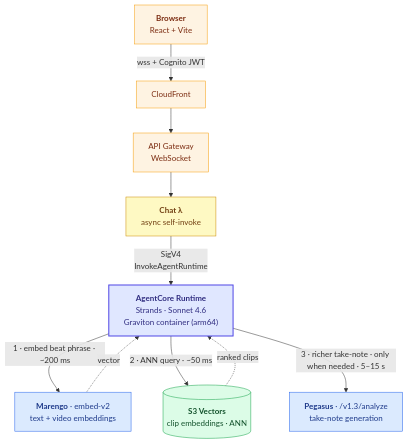
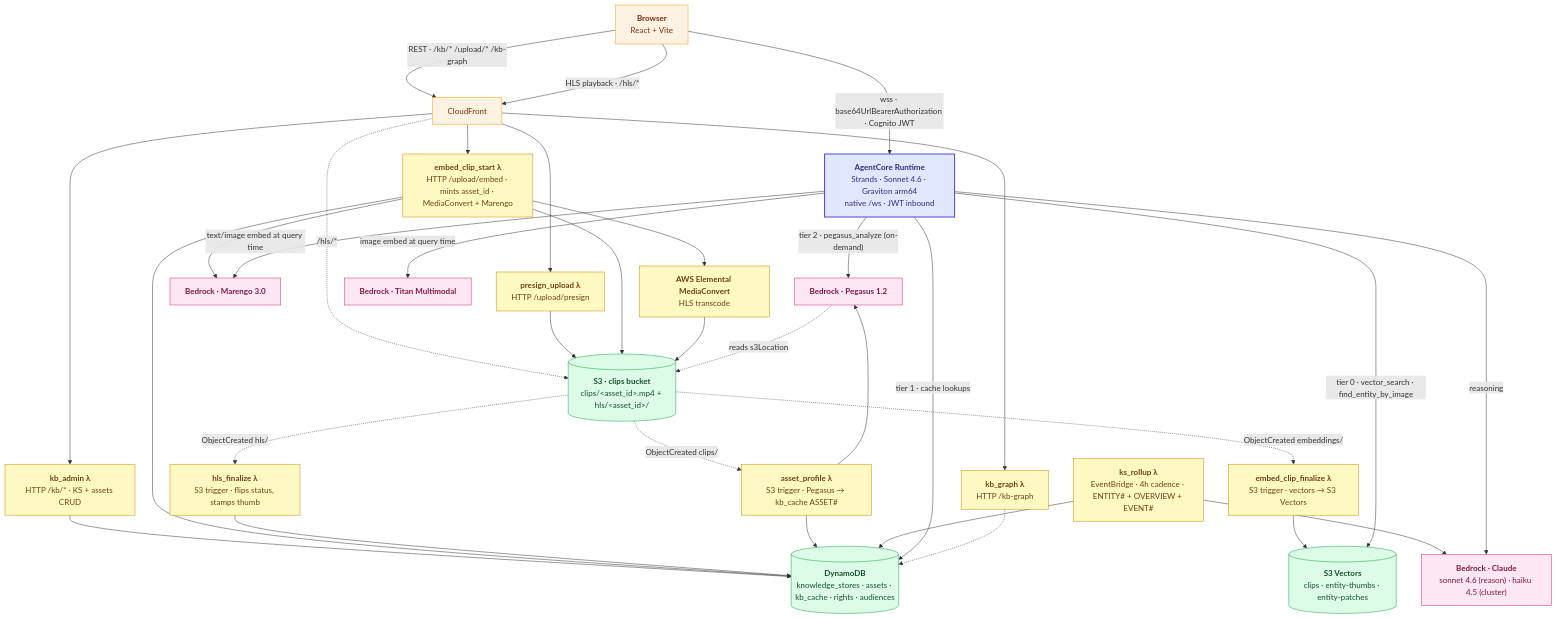
One commit to twelvelabs-io/tl-agentcore changed the first of 7 diagrams in docs/whitepaper.md. Above: the diagram before and after it, drawn with Mermaid. The commit also changed other lines of this file and 221 other files, not shown here.

First line of the commit message:
Release prep: full session-state — AgentCore + AWS-native rebuild

````diff
--- a/docs/whitepaper.md
+++ b/docs/whitepaper.md
@@ -68,33 +109,73 @@
 ```mermaid
 flowchart TD
     Browser["<b>Browser</b><br/>React + Vite"]
     CF["CloudFront"]
-    WS["API Gateway<br/>WebSocket"]
-    Chat["<b>Chat λ</b><br/>async self-invoke"]
-    Runtime["<b>AgentCore Runtime</b><br/>Strands · Sonnet 4.6<br/>Graviton container (arm64)"]
-    Vectors[("<b>S3 Vectors</b><br/>clip embeddings · ANN")]
-    Marengo["<b>Marengo</b> · embed-v2<br/>text + video embeddings"]
-    Pegasus["<b>Pegasus</b> · /v1.3/analyze<br/>take-note generation"]
+    Runtime["<b>AgentCore Runtime</b><br/>Strands · Sonnet 4.6 · Graviton arm64<br/>native /ws · JWT inbound"]
 
-    Browser -- "wss + Cognito JWT" --> CF
-    CF --> WS
-    WS --> Chat
-    Chat -- "SigV4<br/>InvokeAgentRuntime" --> Runtime
-    Runtime -- "1 · embed beat phrase · ~200 ms" --> Marengo
-    Marengo -. "vector" .-> Runtime
-    Runtime -- "2 · ANN query · ~50 ms" --> Vectors
-    Vectors -. "ranked clips" .-> Runtime
-    Runtime -- "3 · richer take-note · only when needed · 5–15 s" --> Pegasus
+    KbAdmin["<b>kb_admin λ</b><br/>HTTP /kb/* · KS + assets CRUD"]
+    UploadL["<b>presign_upload λ</b><br/>HTTP /upload/presign"]
+    EmbedL["<b>embed_clip_start λ</b><br/>HTTP /upload/embed · mints asset_id · MediaConvert + Marengo"]
+    KbGraphL["<b>kb_graph λ</b><br/>HTTP /kb-graph"]
+    HlsF["<b>hls_finalize λ</b><br/>S3 trigger · flips status, stamps thumb"]
+    EmbF["<b>embed_clip_finalize λ</b><br/>S3 trigger · vectors → S3 Vectors"]
+    Prof["<b>asset_profile λ</b><br/>S3 trigger · Pegasus → kb_cache ASSET#"]
+    Roll["<b>ks_rollup λ</b><br/>EventBridge · 4h cadence · ENTITY# + OVERVIEW + EVENT#"]
+
+    Vectors[("<b>S3 Vectors</b><br/>clips · entity-thumbs · entity-patches")]
+    Clips[("<b>S3 · clips bucket</b><br/>clips/&lt;asset_id&gt;.mp4 + hls/&lt;asset_id&gt;/")]
+    DDB[("<b>DynamoDB</b><br/>knowledge_stores · assets · kb_cache · rights · audiences")]
+
+    MC["<b>AWS Elemental MediaConvert</b><br/>HLS transcode"]
+    Marengo["<b>Bedrock · Marengo 3.0</b>"]
+    Pegasus["<b>Bedrock · Pegasus 1.2</b>"]
+    Titan["<b>Bedrock · Titan Multimodal</b>"]
+    Claude["<b>Bedrock · Claude</b><br/>sonnet 4.6 (reason) · haiku 4.5 (cluster)"]
+
+    Browser -- "wss · base64UrlBearerAuthorization · Cognito JWT" --> Runtime
+    Browser -- "REST · /kb/* /upload/* /kb-graph" --> CF
+    Browser -- "HLS playback · /hls/*" --> CF
+    CF --> KbAdmin
+    CF --> UploadL
+    CF --> EmbedL
+    CF --> KbGraphL
+    CF -. "/hls/*" .-> Clips
+
+    KbAdmin --> DDB
+    UploadL --> Clips
+    EmbedL --> Clips
+    EmbedL --> DDB
+    EmbedL --> MC
+    EmbedL --> Marengo
+    MC --> Clips
+    Clips -. "ObjectCreated hls/" .-> HlsF
+    Clips -. "ObjectCreated embeddings/" .-> EmbF
+    Clips -. "ObjectCreated clips/" .-> Prof
+    HlsF --> DDB
+    EmbF --> Vectors
+    Prof --> Pegasus
+    Prof --> DDB
+    Roll --> DDB
+    Roll --> Claude
+
+    Runtime -- "tier 0 · vector_search · find_entity_by_image" --> Vectors
+    Runtime -- "tier 1 · cache lookups" --> DDB
+    Runtime -- "tier 2 · pegasus_analyze (on-demand)" --> Pegasus
+    Runtime -- "text/image embed at query time" --> Marengo
+    Runtime -- "image embed at query time" --> Titan
+    Runtime -- "reasoning" --> Claude
+
+    Pegasus -. "reads s3Location" .-> Clips
+    KbGraphL -.-> DDB
 
     classDef edge    fill:#fef3e2,stroke:#f59e0b,stroke-width:1px,color:#7c2d12
     classDef compute fill:#fef9c3,stroke:#ca8a04,stroke-width:1px,color:#713f12
     classDef hero    fill:#e0e7ff,stroke:#4f46e5,stroke-width:2px,color:#312e81
     classDef store   fill:#dcfce7,stroke:#16a34a,stroke-width:1px,color:#14532d
-    classDef tl      fill:#dbeafe,stroke:#2563eb,stroke-width:1px,color:#1e3a8a
+    classDef bedrock fill:#fce7f3,stroke:#db2777,stroke-width:1px,color:#831843
 
-    class Browser,CF,WS edge
-    class Chat compute
+    class Browser,CF edge
+    class KbAdmin,UploadL,EmbedL,KbGraphL,MC,HlsF,EmbF,Prof,Roll compute
     class Runtime hero
-    class Vectors store
-    class Marengo,Pegasus tl
+    class Vectors,Clips,DDB store
+    class Marengo,Pegasus,Titan,Claude bedrock
 ```
````
